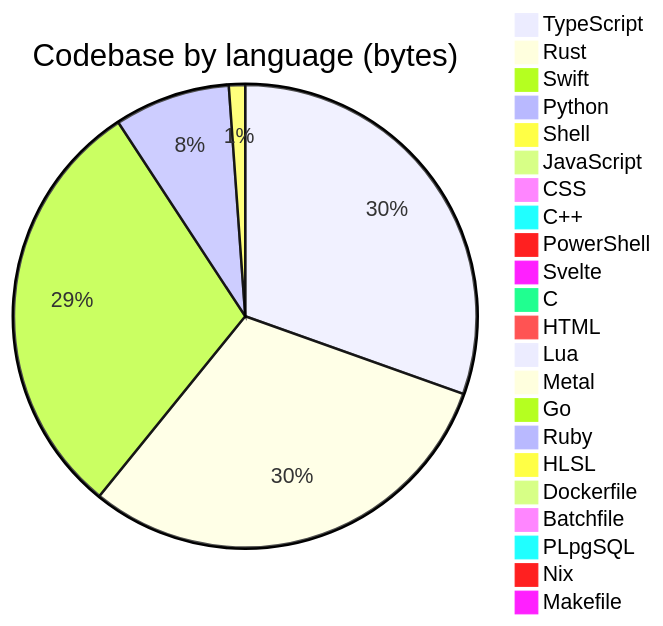
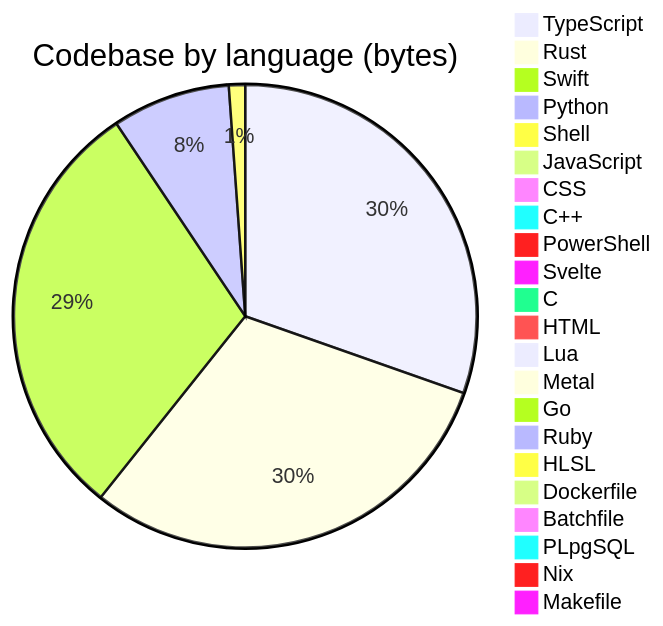
Before and after one commit to Open330/.github: the diagram in profile/README.md, drawn with Mermaid. The commit also changed other lines of this file and 1 other file, not shown here.

````diff
--- a/profile/README.md
+++ b/profile/README.md
@@ -139,25 +139,25 @@
 ```mermaid
 pie title Codebase by language (bytes)
-    "TypeScript" : 39104501
+    "TypeScript" : 39102309
     "Rust" : 39043168
-    "Swift" : 38435108
-    "Python" : 10394551
-    "Shell" : 1459815
+    "Swift" : 38474892
+    "Python" : 10606544
+    "Shell" : 1463753
     "JavaScript" : 986583
-    "CSS" : 508858
+    "CSS" : 508481
     "C++" : 388775
     "PowerShell" : 333788
     "Svelte" : 275766
     "C" : 197825
     "HTML" : 168434
     "Lua" : 48814
     "Metal" : 33192
     "Go" : 22811
     "Ruby" : 9499
     "HLSL" : 7527
     "Dockerfile" : 7454
     "Batchfile" : 5660
     "PLpgSQL" : 5283
     "Nix" : 3168
     "Makefile" : 1692
 ```
````
